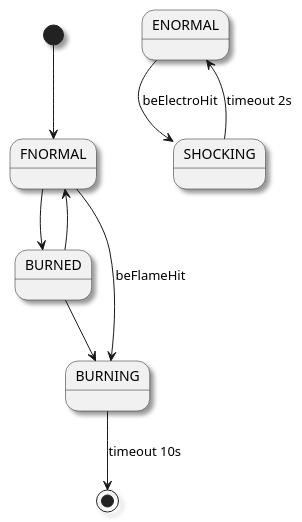
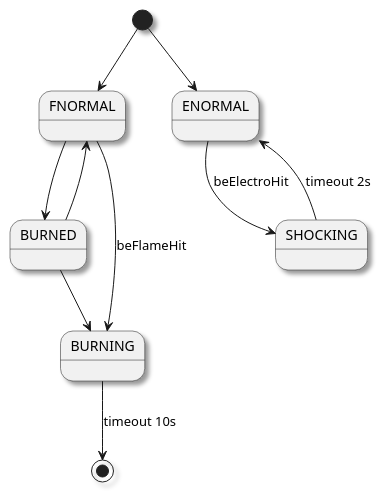
Before and after one commit to tingyunaiai9/The-Journey-of-Wizard: the diagram in doc/item_state.pu, drawn with PlantUML. The commit also changed 5 other files, not shown here.

```diff
--- a/doc/item_state.pu
+++ b/doc/item_state.pu
@@ -1,15 +1,16 @@
 @startuml
 
 skinparam shadowing true
 
 [*] --> FNORMAL
 FNORMAL --> BURNED
 FNORMAL --> BURNING : beFlameHit
 BURNED --> FNORMAL
 BURNED --> BURNING
 BURNING --> [*] : timeout 10s
 
+[*] --> ENORMAL
 ENORMAL --> SHOCKING : beElectroHit
 SHOCKING --> ENORMAL : timeout 2s
 
 @enduml
```
